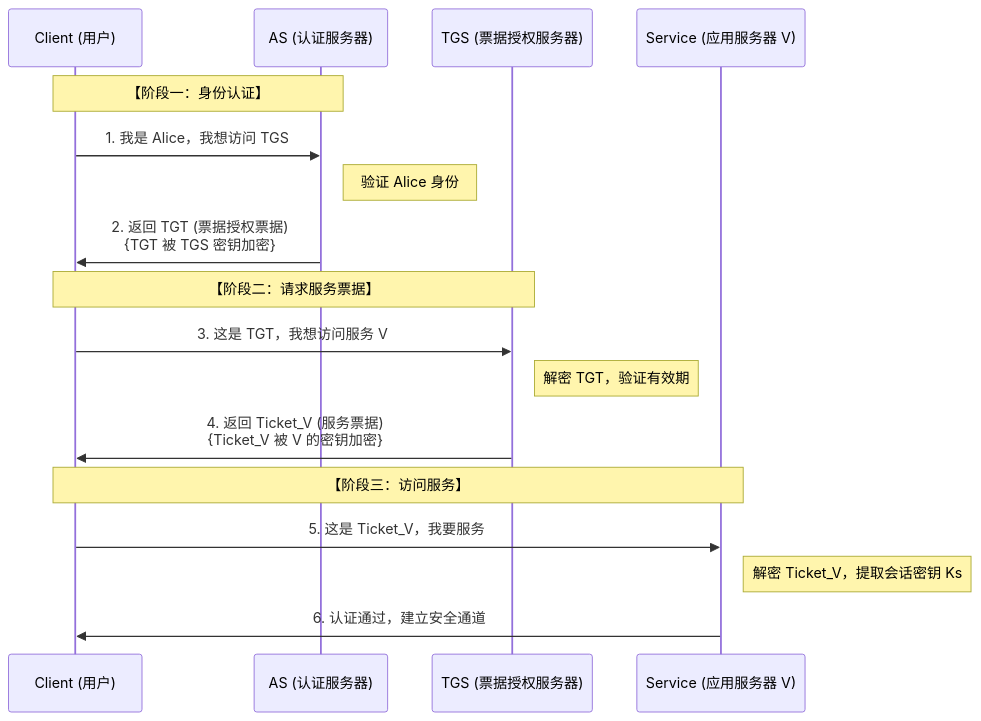
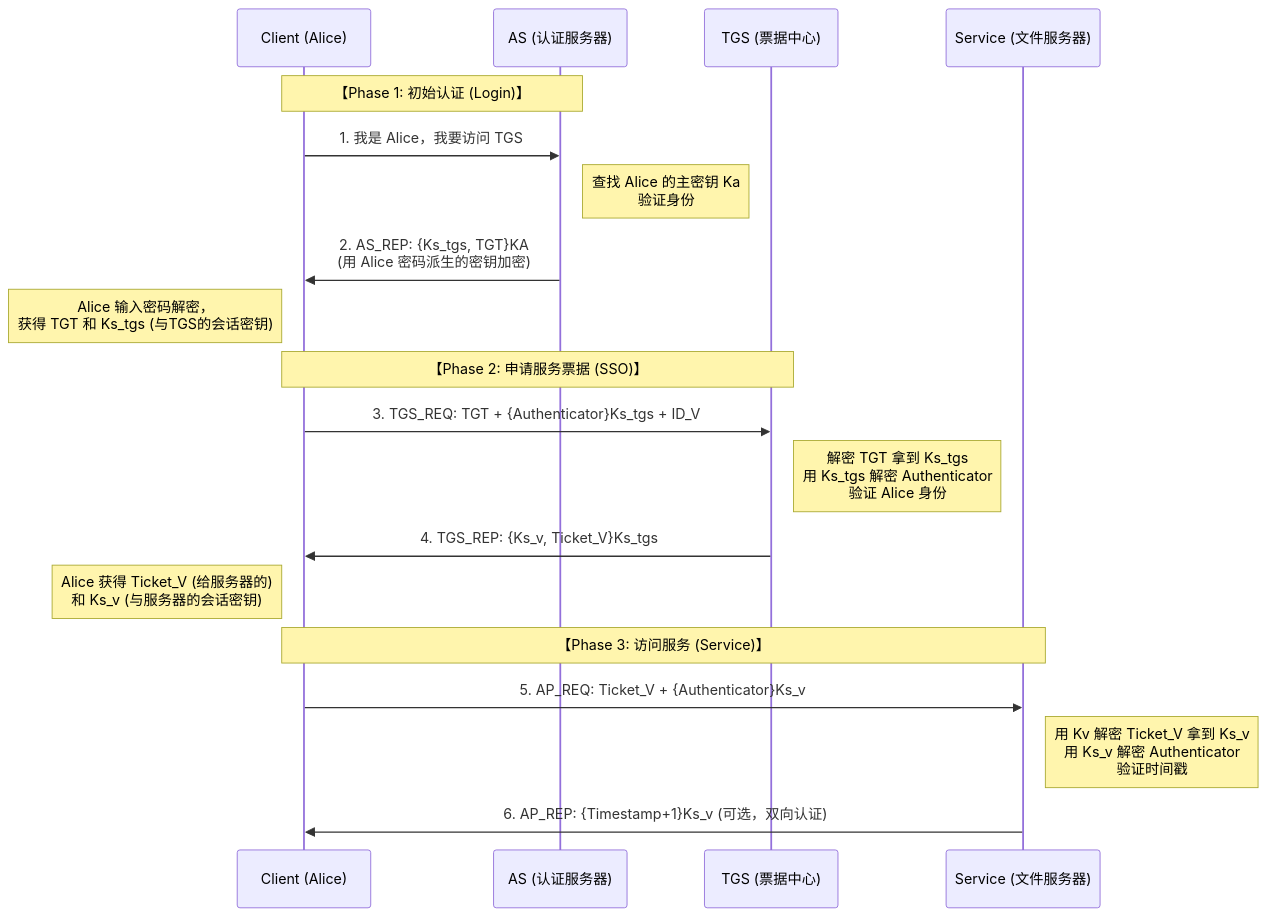
One commit to Slight-Cloud/Cryptography_Notes changed the second of 2 diagrams in 密码学总结笔记.md. Above: the diagram before and after it, drawn with Mermaid. The commit also changed other lines of this file and 4 other files, not shown here.

````diff
--- a/密码学总结笔记.md
+++ b/密码学总结笔记.md
@@ -472,22 +319,24 @@
 ```mermaid
 sequenceDiagram
-    participant C as Client (用户)
+    participant C as Client (Alice)
     participant AS as AS (认证服务器)
-    participant TGS as TGS (票据授权服务器)
-    participant V as Service (应用服务器 V)
+    participant TGS as TGS (票据中心)
+    participant V as Service (文件服务器)
 
-    Note over C, AS: 【阶段一：身份认证】
-    C->>AS: 1. 我是 Alice，我想访问 TGS
-    Note right of AS: 验证 Alice 身份
-    AS->>C: 2. 返回 TGT (票据授权票据) <br> {TGT 被 TGS 密钥加密}
+    Note over C, AS: 【Phase 1: 初始认证 (Login)】
+    C->>AS: 1. 我是 Alice，我要访问 TGS
+    Note right of AS: 查找 Alice 的主密钥 Ka<br>验证身份
+    AS->>C: 2. AS_REP: {Ks_tgs, TGT}KA <br> (用 Alice 密码派生的密钥加密)
+    Note left of C: Alice 输入密码解密，<br>获得 TGT 和 Ks_tgs (与TGS的会话密钥)
 
-    Note over C, TGS: 【阶段二：请求服务票据】
-    C->>TGS: 3. 这是 TGT，我想访问服务 V
-    Note right of TGS: 解密 TGT，验证有效期
-    TGS->>C: 4. 返回 Ticket_V (服务票据) <br> {Ticket_V 被 V 的密钥加密}
+    Note over C, TGS: 【Phase 2: 申请服务票据 (SSO)】
+    C->>TGS: 3. TGS_REQ: TGT + {Authenticator}Ks_tgs + ID_V
+    Note right of TGS: 解密 TGT 拿到 Ks_tgs<br>用 Ks_tgs 解密 Authenticator<br>验证 Alice 身份
+    TGS->>C: 4. TGS_REP: {Ks_v, Ticket_V}Ks_tgs
+    Note left of C: Alice 获得 Ticket_V (给服务器的)<br>和 Ks_v (与服务器的会话密钥)
 
-    Note over C, V: 【阶段三：访问服务】
-    C->>V: 5. 这是 Ticket_V，我要服务
-    Note right of V: 解密 Ticket_V，提取会话密钥 Ks
-    V->>C: 6. 认证通过，建立安全通道
+    Note over C, V: 【Phase 3: 访问服务 (Service)】
+    C->>V: 5. AP_REQ: Ticket_V + {Authenticator}Ks_v
+    Note right of V: 用 Kv 解密 Ticket_V 拿到 Ks_v<br>用 Ks_v 解密 Authenticator<br>验证时间戳
+    V->>C: 6. AP_REP: {Timestamp+1}Ks_v (可选，双向认证)
 ```
````
